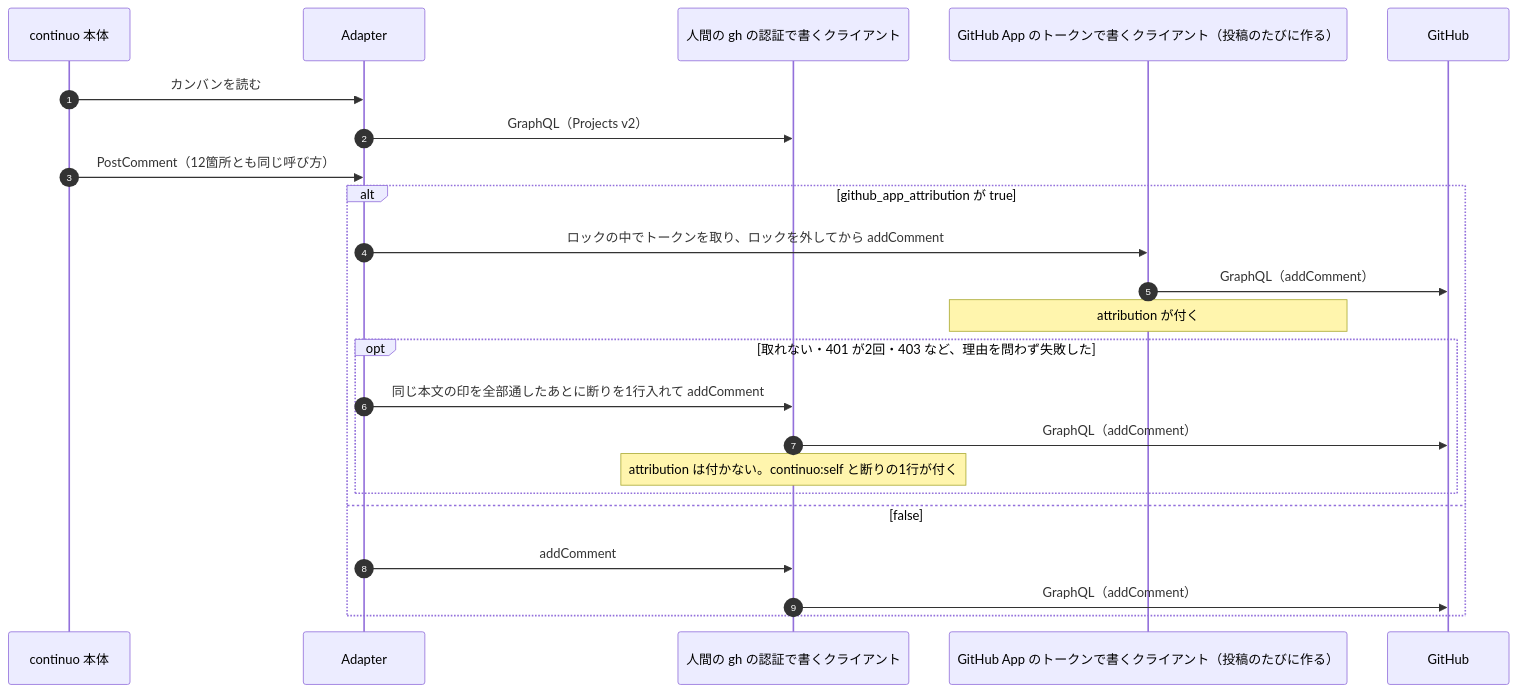
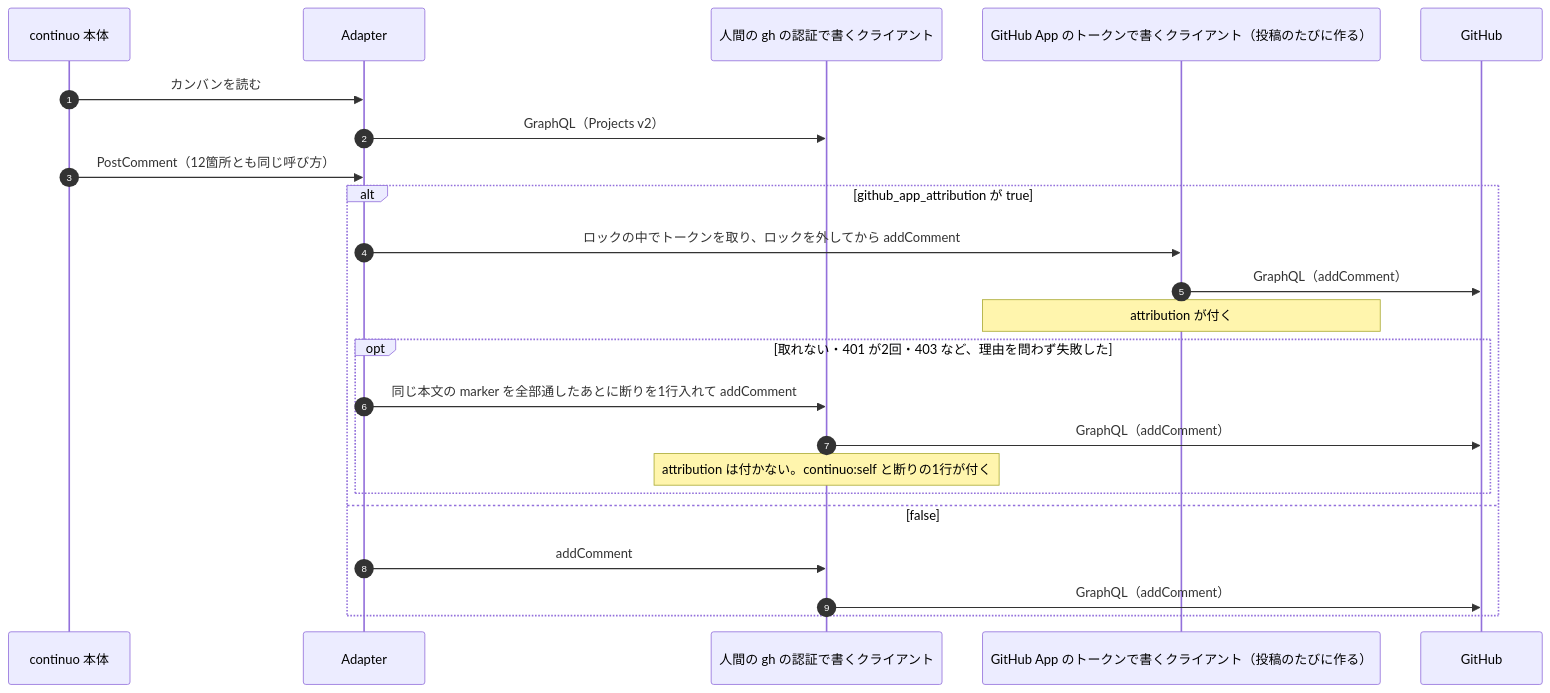
One commit to maimuzo/continuo changed diagram 11 of 13 in docs/plans/impl/issue245_github_app_attribution.md. Above: the diagram before and after it, drawn with Mermaid. The commit also changed other lines of this file and 8 other files, not shown here.

````diff
--- a/docs/plans/impl/issue245_github_app_attribution.md
+++ b/docs/plans/impl/issue245_github_app_attribution.md
@@ -1274,25 +1274,25 @@
 ```mermaid
 sequenceDiagram
     autonumber
     participant O as continuo 本体
     participant A as Adapter
     participant T1 as 人間の gh の認証で書くクライアント
     participant T2 as GitHub App のトークンで書くクライアント（投稿のたびに作る）
     participant GH as GitHub
     O->>A: カンバンを読む
     A->>T1: GraphQL（Projects v2）
     O->>A: PostComment（12箇所とも同じ呼び方）
     alt github_app_attribution が true
         A->>T2: ロックの中でトークンを取り、ロックを外してから addComment
         T2->>GH: GraphQL（addComment）
         Note over T2: attribution が付く
         opt 取れない・401 が2回・403 など、理由を問わず失敗した
-            A->>T1: 同じ本文の印を全部通したあとに断りを1行入れて addComment
+            A->>T1: 同じ本文の marker を全部通したあとに断りを1行入れて addComment
             T1->>GH: GraphQL（addComment）
             Note over T1: attribution は付かない。continuo:self と断りの1行が付く
         end
     else false
         A->>T1: addComment
         T1->>GH: GraphQL（addComment）
     end
 ```
````
